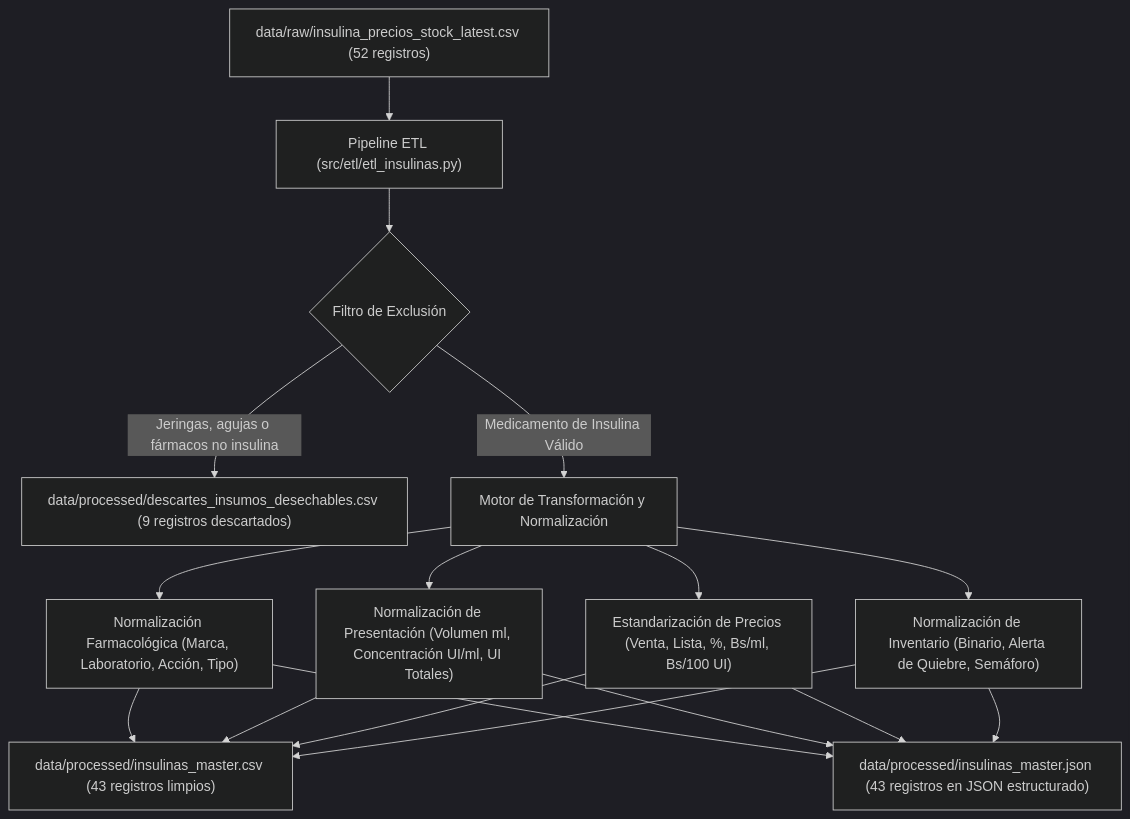
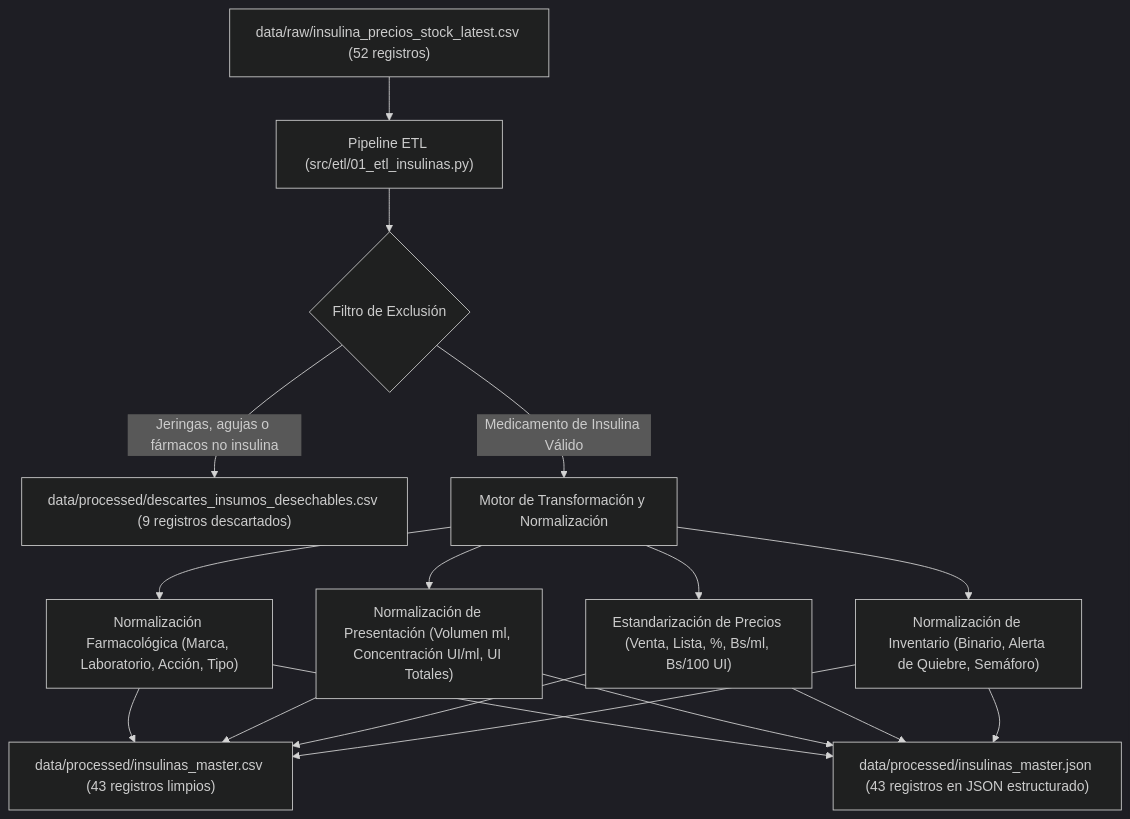
The diagram in src/etl/README.md (Data-Industry/Desarollo-Proyecto), drawn with Mermaid (dark theme) before and after one commit. The commit also changed other lines of this file and 23 other files, not shown here.

````diff
--- a/src/etl/README.md
+++ b/src/etl/README.md
@@ -25,16 +25,16 @@
 ```mermaid
 flowchart TD
-    A["data/raw/insulina_precios_stock_latest.csv (52 registros)"] --> B["Pipeline ETL (src/etl/etl_insulinas.py)"]
+    A["data/raw/insulina_precios_stock_latest.csv (52 registros)"] --> B["Pipeline ETL (src/etl/01_etl_insulinas.py)"]
     
     B --> C{"Filtro de Exclusión"}
     C -- "Jeringas, agujas o fármacos no insulina" --> D["data/processed/descartes_insumos_desechables.csv (9 registros descartados)"]
     C -- "Medicamento de Insulina Válido" --> E["Motor de Transformación y Normalización"]
     
     E --> F["Normalización Farmacológica (Marca, Laboratorio, Acción, Tipo)"]
     E --> G["Normalización de Presentación (Volumen ml, Concentración UI/ml, UI Totales)"]
     E --> H["Estandarización de Precios (Venta, Lista, %, Bs/ml, Bs/100 UI)"]
     E --> I["Normalización de Inventario (Binario, Alerta de Quiebre, Semáforo)"]
     
     F & G & H & I --> J["data/processed/insulinas_master.csv (43 registros limpios)"]
     F & G & H & I --> K["data/processed/insulinas_master.json (43 registros en JSON estructurado)"]
 ```
````
